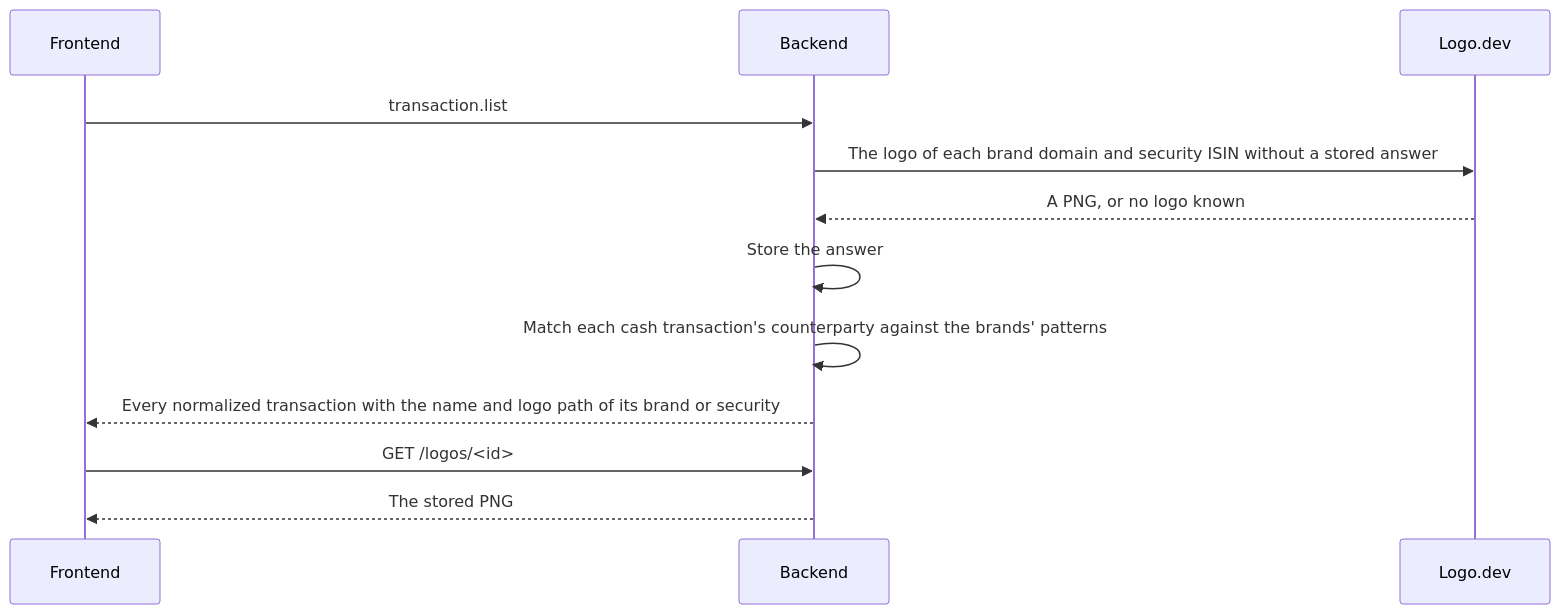
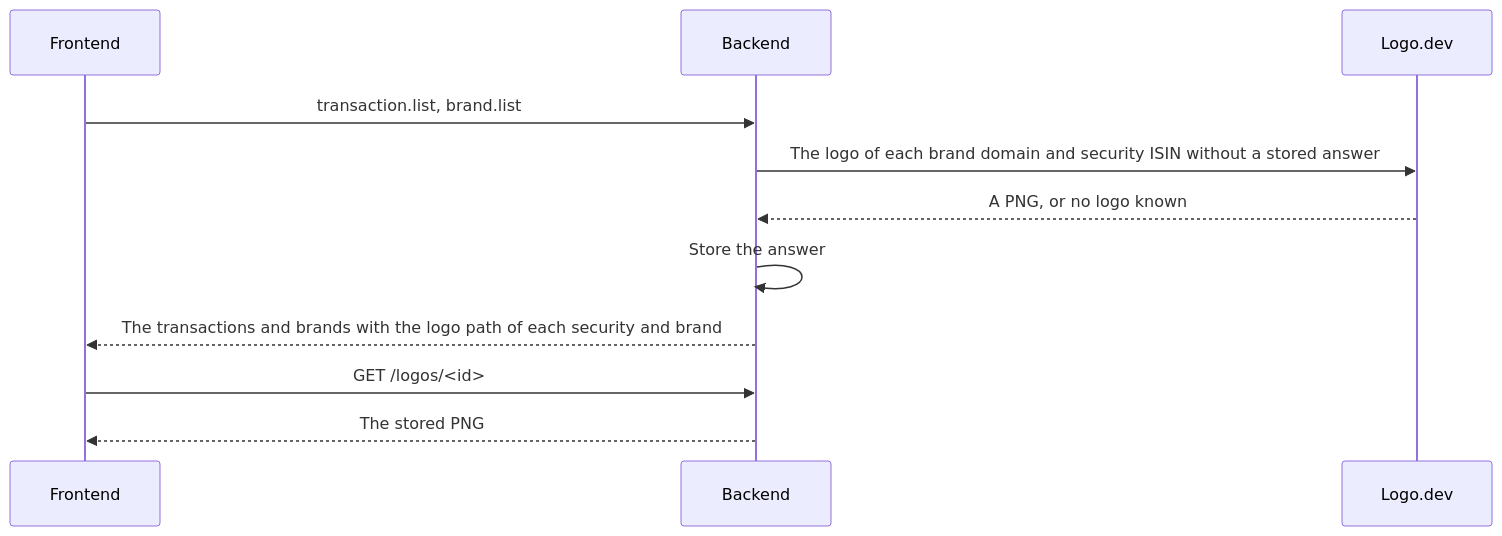
One commit to lennartmoeller/finance-tracker changed the diagram in docs/contract/logos.md. Above: the diagram before and after it, drawn with Mermaid. The commit also changed other lines of this file and 36 other files, not shown here.

````diff
--- a/docs/contract/logos.md
+++ b/docs/contract/logos.md
@@ -3,14 +3,13 @@
 ```mermaid
 sequenceDiagram
   participant FE as Frontend
   participant BE as Backend
   participant LD as Logo.dev
-  FE->>BE: transaction.list
+  FE->>BE: transaction.list, brand.list
   BE->>LD: The logo of each brand domain and security ISIN without a stored answer
   LD-->>BE: A PNG, or no logo known
   BE->>BE: Store the answer
-  BE->>BE: Match each cash transaction's counterparty against the brands' patterns
-  BE-->>FE: Every normalized transaction with the name and logo path of its brand or security
+  BE-->>FE: The transactions and brands with the logo path of each security and brand
   FE->>BE: GET /logos/<id>
   BE-->>FE: The stored PNG
 ```
````
